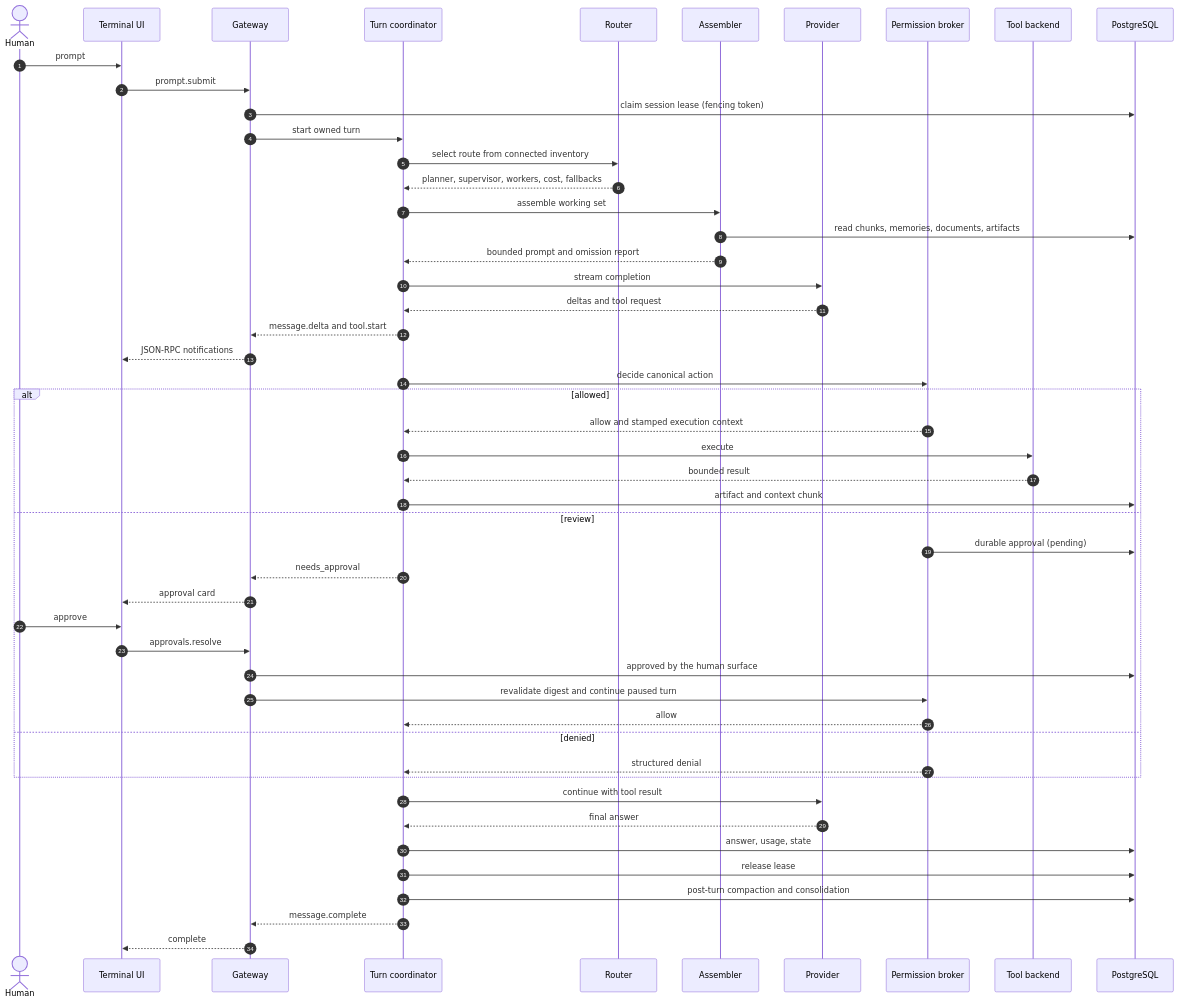
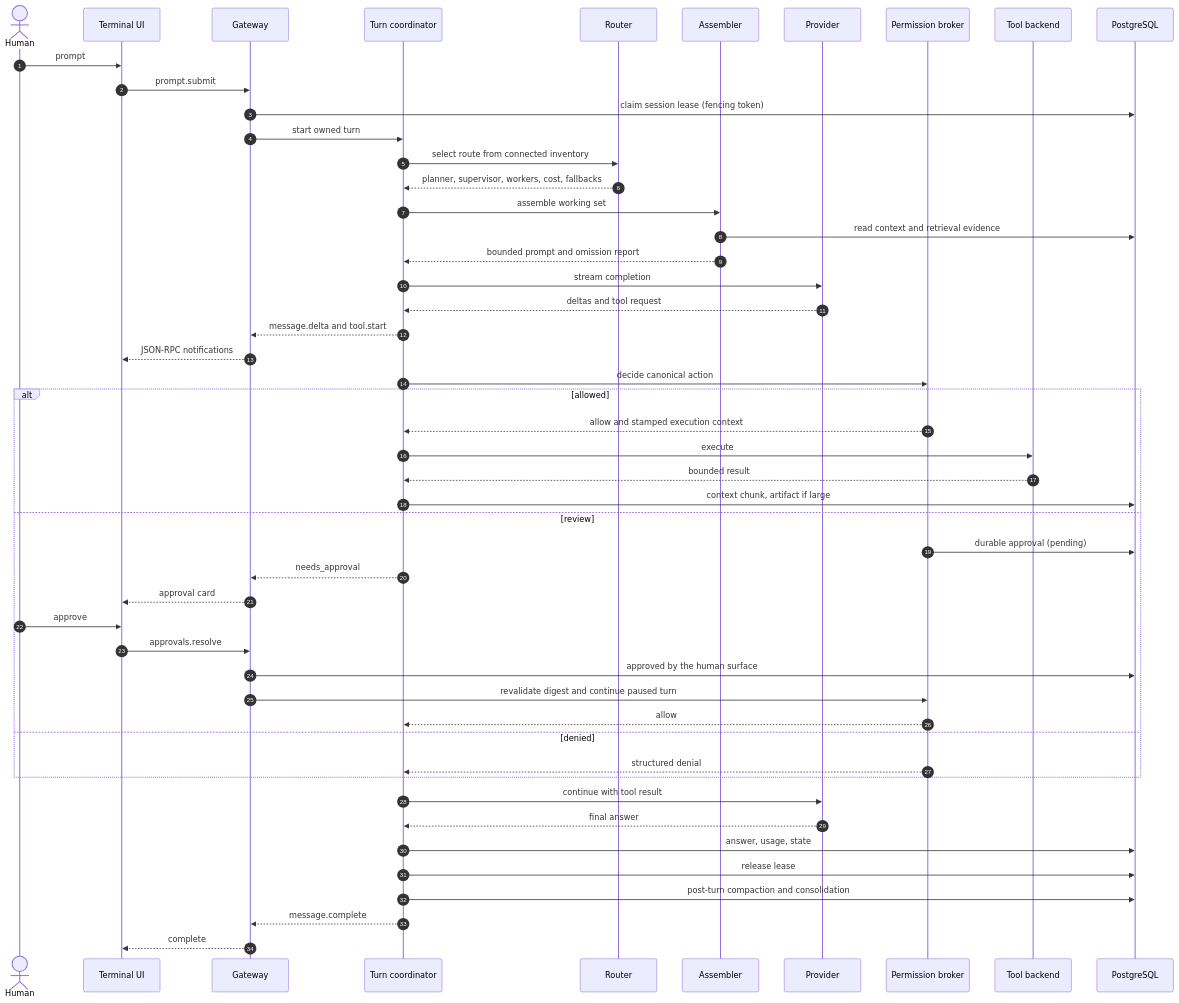
The second of 10 diagrams in README.md (kiazh/Machina-Harness), drawn with Mermaid before and after one commit. The commit also changed other lines of this file, not shown here.

Commit message:
Correct diagram relationships and lifecycle branches

````diff
--- a/README.md
+++ b/README.md
@@ -237,53 +237,53 @@
 ```mermaid
 sequenceDiagram
     autonumber
     actor U as Human
     participant UI as Terminal UI
     participant GW as Gateway
     participant TC as Turn coordinator
     participant RT as Router
     participant AS as Assembler
     participant PR as Provider
     participant BR as Permission broker
     participant TL as Tool backend
     participant DB as PostgreSQL
 
     U->>UI: prompt
     UI->>GW: prompt.submit
     GW->>DB: claim session lease (fencing token)
     GW->>TC: start owned turn
     TC->>RT: select route from connected inventory
     RT-->>TC: planner, supervisor, workers, cost, fallbacks
     TC->>AS: assemble working set
-    AS->>DB: read chunks, memories, documents, artifacts
+    AS->>DB: read context and retrieval evidence
     AS-->>TC: bounded prompt and omission report
     TC->>PR: stream completion
     PR-->>TC: deltas and tool request
     TC-->>GW: message.delta and tool.start
     GW-->>UI: JSON-RPC notifications
     TC->>BR: decide canonical action
     alt allowed
         BR-->>TC: allow and stamped execution context
         TC->>TL: execute
         TL-->>TC: bounded result
-        TC->>DB: artifact and context chunk
+        TC->>DB: context chunk, artifact if large
     else review
         BR->>DB: durable approval (pending)
         TC-->>GW: needs_approval
         GW-->>UI: approval card
         U->>UI: approve
         UI->>GW: approvals.resolve
         GW->>DB: approved by the human surface
         GW->>BR: revalidate digest and continue paused turn
         BR-->>TC: allow
     else denied
         BR-->>TC: structured denial
     end
     TC->>PR: continue with tool result
     PR-->>TC: final answer
     TC->>DB: answer, usage, state
     TC->>DB: release lease
     TC->>DB: post-turn compaction and consolidation
     TC-->>GW: message.complete
     GW-->>UI: complete
 ```
````
